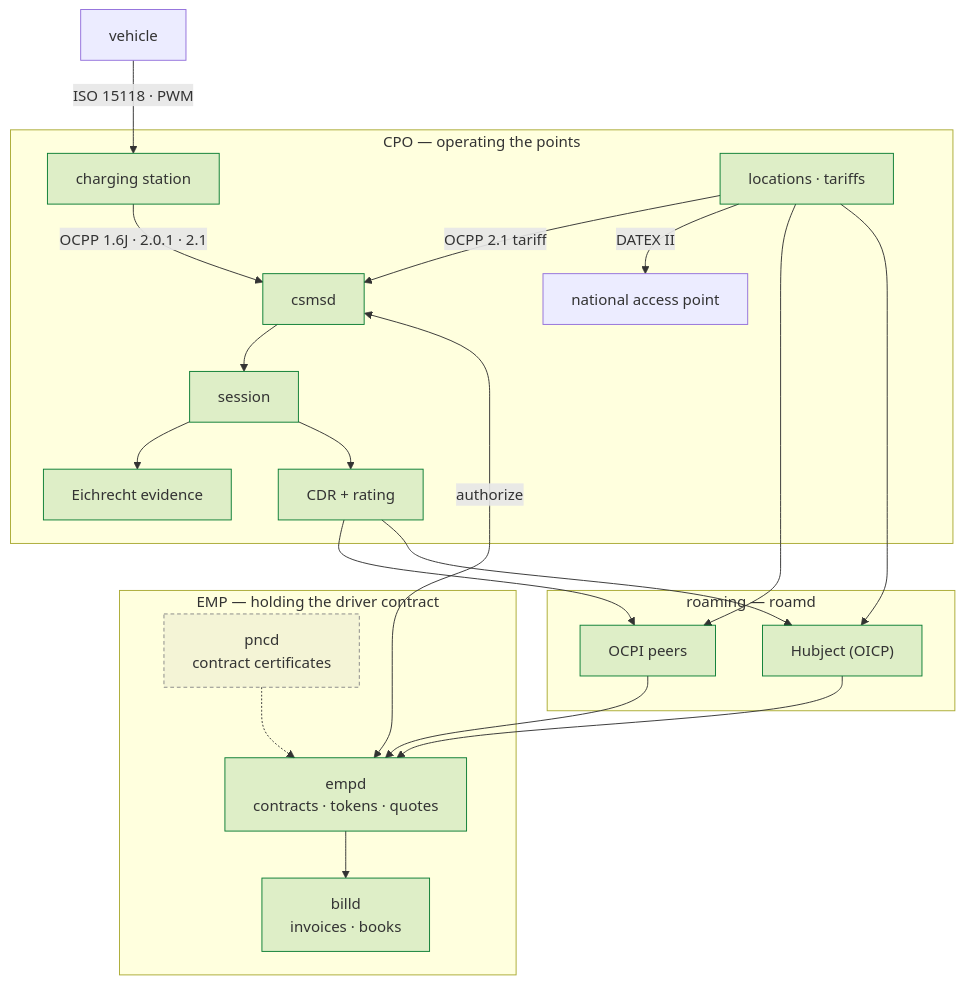
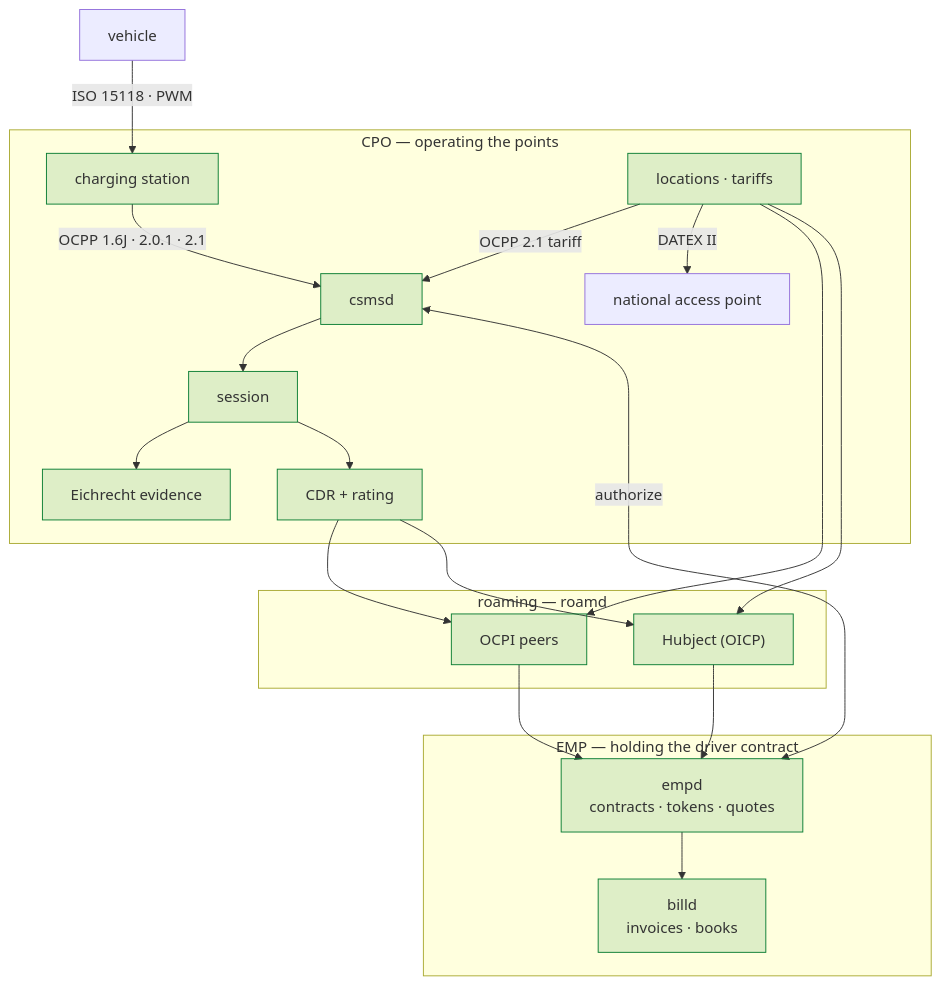
One commit to hupe1980/emob changed the diagram in site/content/docs/architecture.md. Above: the diagram before and after it, drawn with Mermaid. The commit also changed other lines of this file and 68 other files, not shown here.

````diff
--- a/site/content/docs/architecture.md
+++ b/site/content/docs/architecture.md
@@ -27,37 +27,33 @@
 ```mermaid
 flowchart TB
     EV["vehicle"] -->|"ISO 15118 · PWM"| CS["charging station"]
 
     subgraph cpo["CPO — operating the points"]
         CS -->|"OCPP 1.6J · 2.0.1 · 2.1"| CSMS["csmsd"]
         CSMS --> SES["session"]
         SES --> EICH["Eichrecht evidence"]
         SES --> CDR["CDR + rating"]
         POI["locations · tariffs"]
         POI -->|"OCPP 2.1 tariff"| CSMS
         POI -->|"DATEX II"| NAP["national access point"]
     end
 
     subgraph roam["roaming — roamd"]
         P2P["OCPI peers"]
         HUB["Hubject (OICP)"]
     end
 
     subgraph emp["EMP — holding the driver contract"]
         TOK["empd<br/>contracts · tokens · quotes"]
         INV["billd<br/>invoices · books"]
-        PNC["pncd<br/>contract certificates"]
     end
 
     CDR --> P2P & HUB
     POI --> P2P & HUB
     P2P & HUB --> TOK
     TOK --> INV
     CSMS <-->|authorize| TOK
-    PNC -.-> TOK
 
     classDef built fill:#0a7d3322,stroke:#0a7d33
-    classDef planned fill:#88888818,stroke:#888,stroke-dasharray:4 3
     class CS,CSMS,SES,EICH,CDR,POI,P2P,HUB,TOK,INV built
-    class PNC planned
 ```
````
